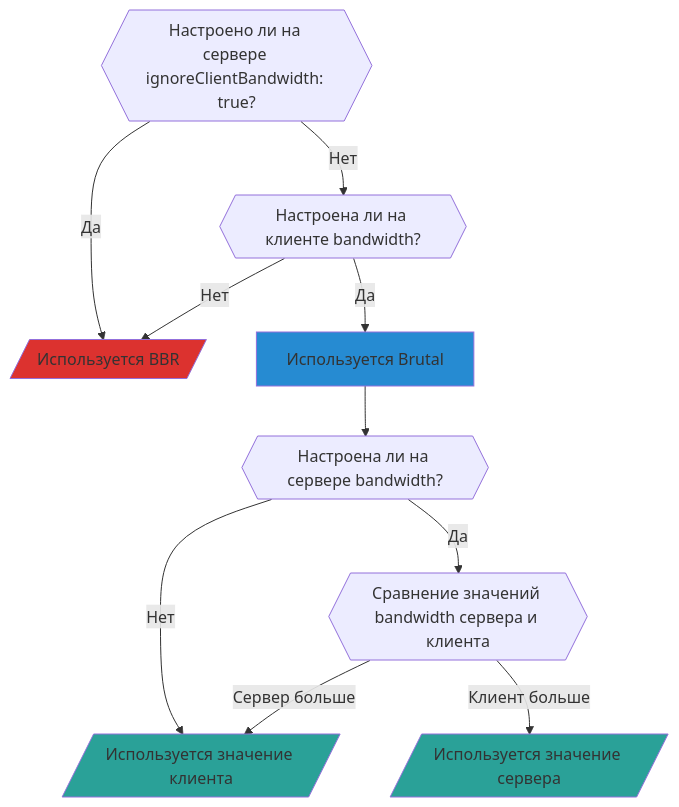
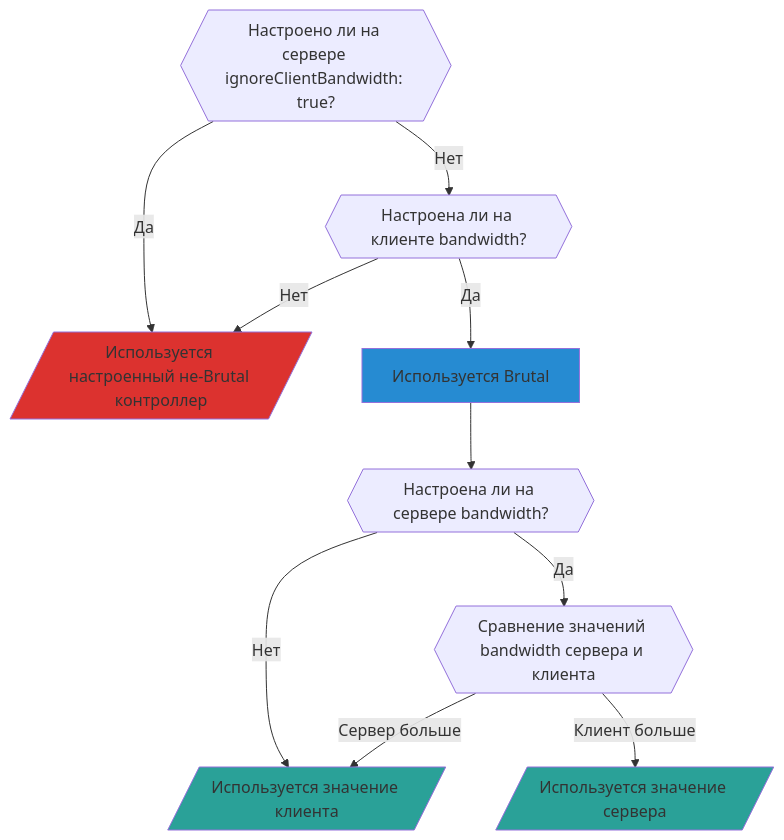
Before and after one commit to apernet/hysteria-website: the first of 2 diagrams in docs/docs/advanced/Full-Server-Config.ru.md, drawn with Mermaid. The commit also changed other lines of this file and 37 other files, not shown here.

````diff
--- a/docs/docs/advanced/Full-Server-Config.ru.md
+++ b/docs/docs/advanced/Full-Server-Config.ru.md
@@ -155,17 +190,17 @@
 ```mermaid
 graph TD;
-    ICB{{"Настроено ли на сервере ignoreClientBandwidth: true?"}} -- "Да" --> BBR[/"Используется BBR"/];
+    ICB{{"Настроено ли на сервере ignoreClientBandwidth: true?"}} -- "Да" --> NonBrutal[/"Используется настроенный не-Brutal контроллер"/];
     ICB -- "Нет" --> C_has_BW;
-    C_has_BW{{"Настроена ли на клиенте bandwidth?"}} -- "Нет" --> BBR;
+    C_has_BW{{"Настроена ли на клиенте bandwidth?"}} -- "Нет" --> NonBrutal;
     C_has_BW -- "Да" --> Brutal;
     Brutal["Используется Brutal"] --> S_has_BW;
     S_has_BW{{"Настроена ли на сервере bandwidth?"}} -- "Нет" --> Brutal_C[/"Используется значение клиента"/];
     S_has_BW -- "Да" --> S_C_CMP;
     S_C_CMP{{"Сравнение значений bandwidth сервера и клиента"}} -- "Сервер больше" --> Brutal_C;
     S_C_CMP -- "Клиент больше" --> Brutal_S[/"Используется значение сервера"/];
 
-    style BBR fill:#dc322f;
+    style NonBrutal fill:#dc322f;
     style Brutal fill:#268bd2;
     style Brutal_C fill:#2aa198;
     style Brutal_S fill:#2aa198;
 ```
````
